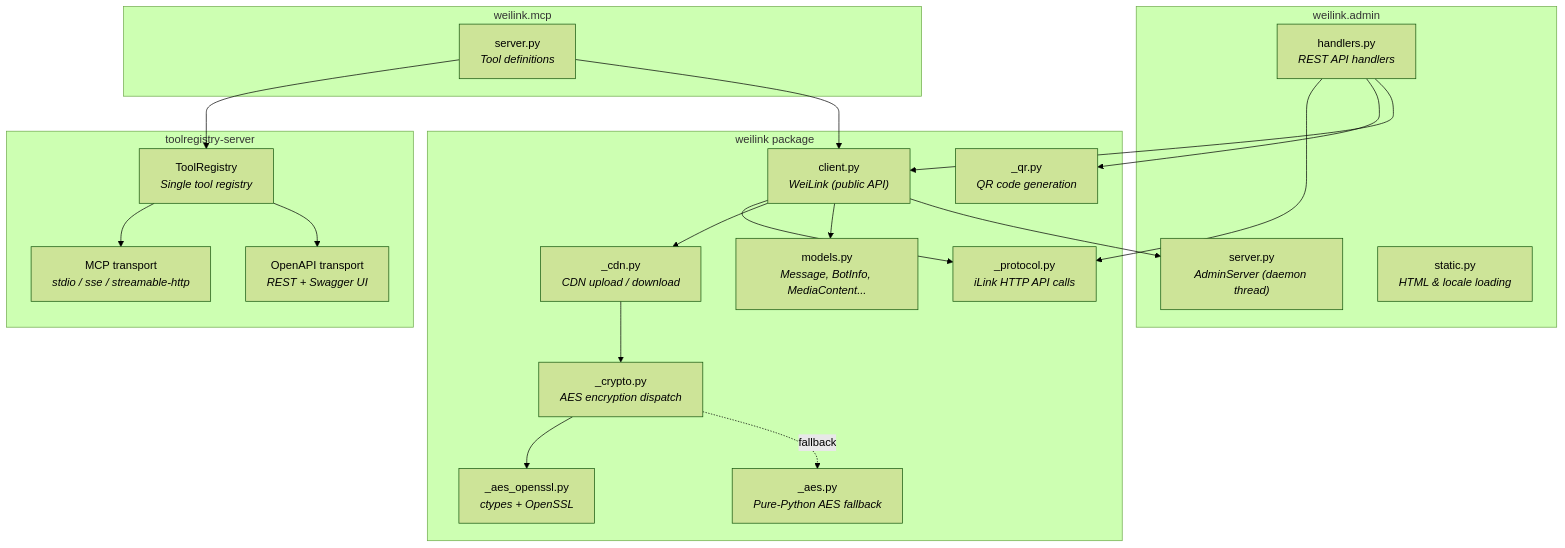
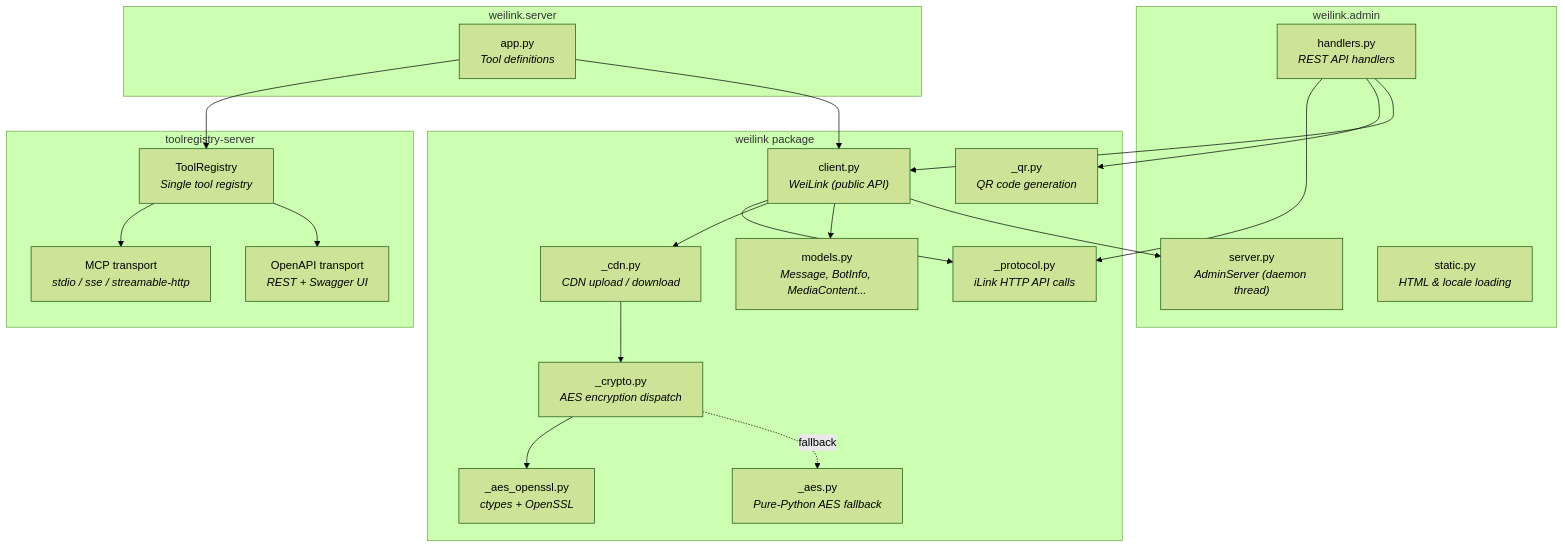
Before and after one commit to Oaklight/weilink: the first of 10 diagrams in docs/architecture.md, drawn with Mermaid (forest theme). The commit also changed other lines of this file and 2 other files, not shown here.

Commit message:
Update docs for weilink.mcp → weilink.server rename
Update module paths in architecture diagrams, MCP server usage
examples, and add breaking change entry to changelog.

````diff
--- a/docs/architecture.md
+++ b/docs/architecture.md
@@ -7,44 +7,44 @@
 ```mermaid
 graph TB
     subgraph "weilink package"
         client["client.py<br/><i>WeiLink (public API)</i>"]
         models["models.py<br/><i>Message, BotInfo, MediaContent...</i>"]
         protocol["_protocol.py<br/><i>iLink HTTP API calls</i>"]
         cdn["_cdn.py<br/><i>CDN upload / download</i>"]
         crypto["_crypto.py<br/><i>AES encryption dispatch</i>"]
         aes_ssl["_aes_openssl.py<br/><i>ctypes + OpenSSL</i>"]
         aes_py["_aes.py<br/><i>Pure-Python AES fallback</i>"]
         qr["_qr.py<br/><i>QR code generation</i>"]
     end
 
     subgraph "weilink.admin"
         admin_srv["server.py<br/><i>AdminServer (daemon thread)</i>"]
         admin_hdl["handlers.py<br/><i>REST API handlers</i>"]
         admin_stc["static.py<br/><i>HTML & locale loading</i>"]
     end
 
-    subgraph "weilink.mcp"
-        mcp_srv["server.py<br/><i>Tool definitions</i>"]
+    subgraph "weilink.server"
+        mcp_srv["app.py<br/><i>Tool definitions</i>"]
     end
 
     subgraph "toolregistry-server"
         tr["ToolRegistry<br/><i>Single tool registry</i>"]
         mcp_out["MCP transport<br/><i>stdio / sse / streamable-http</i>"]
         openapi_out["OpenAPI transport<br/><i>REST + Swagger UI</i>"]
     end
 
     client --> protocol
     client --> cdn
     client --> models
     client --> admin_srv
     cdn --> crypto
     crypto --> aes_ssl
     crypto -.->|fallback| aes_py
     admin_hdl --> protocol
     admin_hdl --> qr
     admin_hdl --> client
     mcp_srv --> tr
     tr --> mcp_out
     tr --> openapi_out
     mcp_srv --> client
 ```
````
